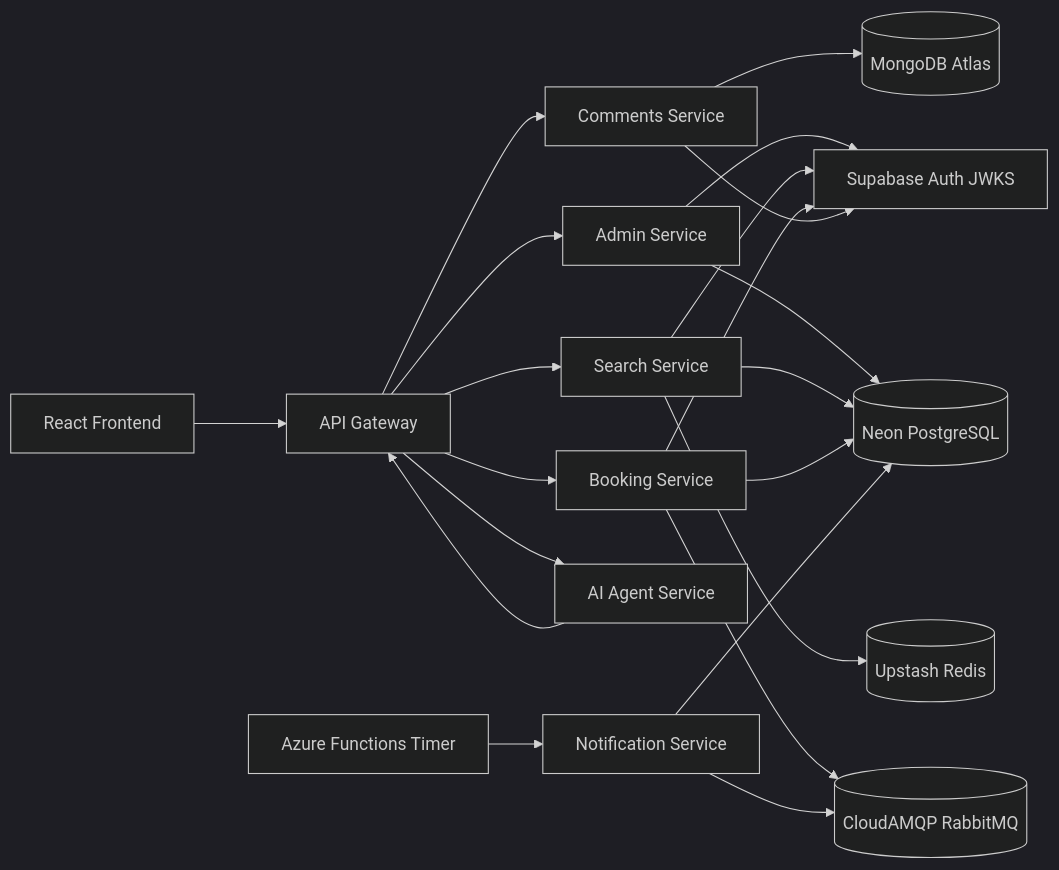
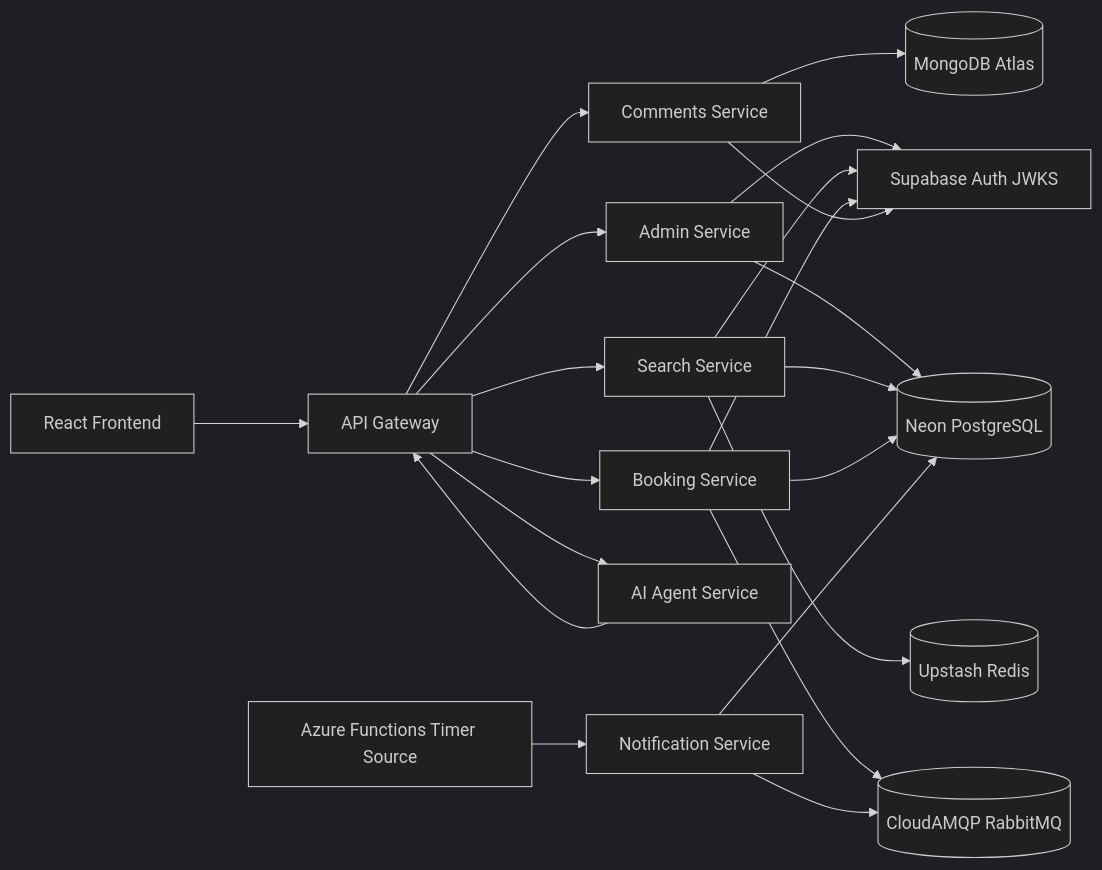
The first of 2 diagrams in README.md (berk4tes/hotel-booking-system), drawn with Mermaid (dark theme) before and after one commit. The commit also changed other lines of this file, not shown here.

````diff
--- a/README.md
+++ b/README.md
@@ -37,23 +37,23 @@
 ```mermaid
 flowchart LR
   Frontend[React Frontend] --> Gateway[API Gateway]
   Gateway --> Admin[Admin Service]
   Gateway --> Search[Search Service]
   Gateway --> Booking[Booking Service]
   Gateway --> Comments[Comments Service]
   Gateway --> AI[AI Agent Service]
-  Scheduler[Azure Functions Timer] --> Notification[Notification Service]
+  Scheduler[Azure Functions Timer Source] --> Notification[Notification Service]
   Booking --> Queue[(CloudAMQP RabbitMQ)]
   Notification --> Queue
   Search --> Redis[(Upstash Redis)]
   Admin --> Postgres[(Neon PostgreSQL)]
   Search --> Postgres
   Booking --> Postgres
   Notification --> Postgres
   Comments --> Mongo[(MongoDB Atlas)]
   AI --> Gateway
   Admin --> Auth[Supabase Auth JWKS]
   Search --> Auth
   Booking --> Auth
   Comments --> Auth
 ```
````
